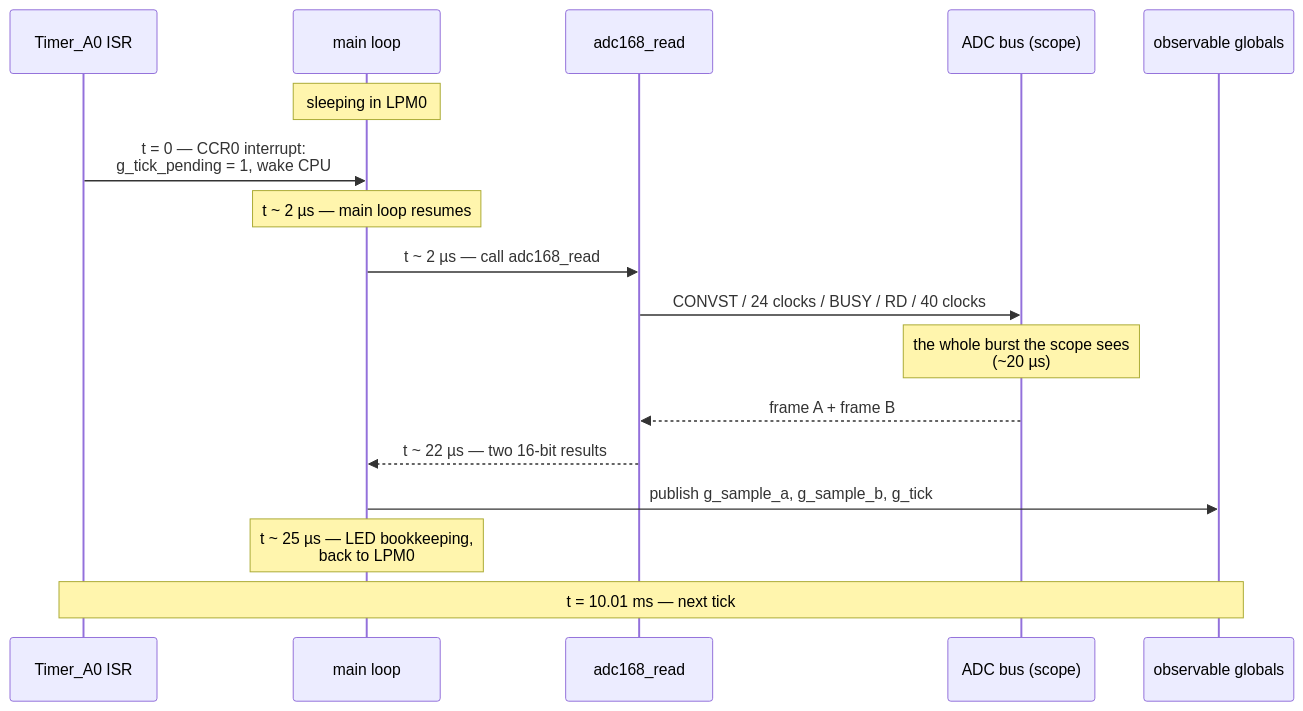
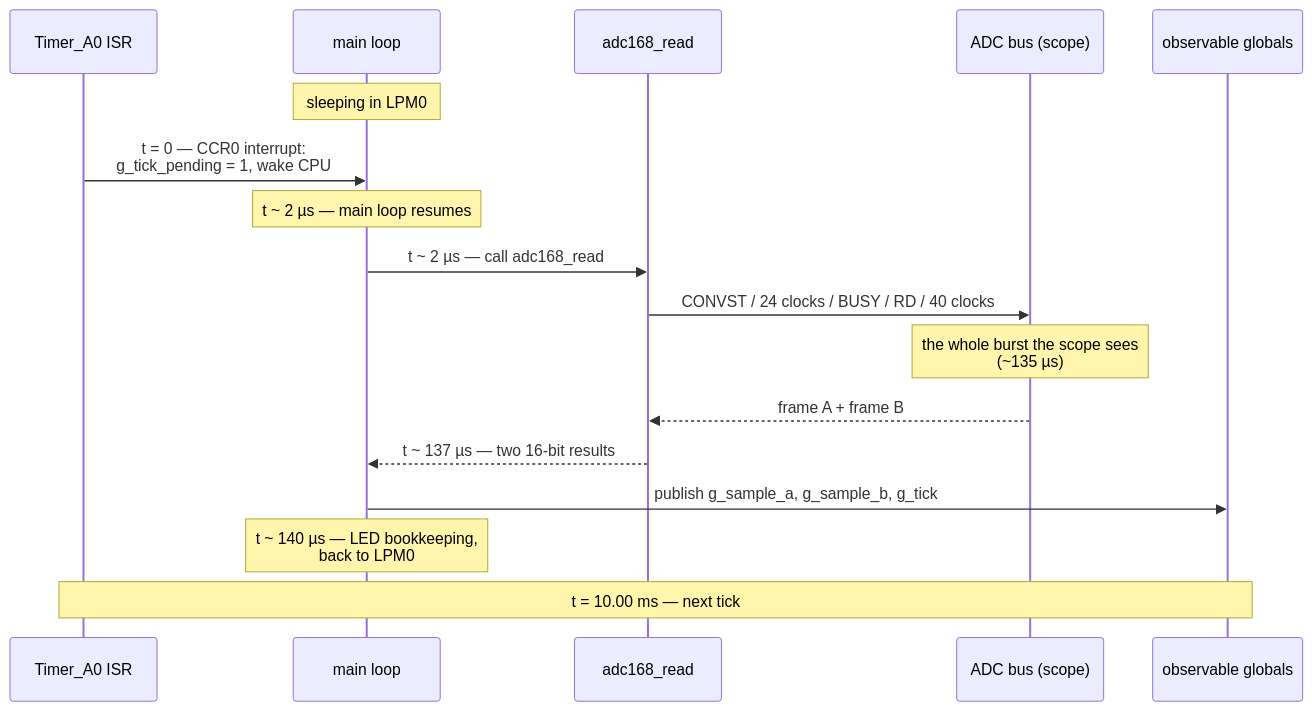
One commit to S-OConnor/MSP430_TestRepo changed diagram 11 of 13 in docs/DESIGN.md. Above: the diagram before and after it, drawn with Mermaid. The commit also changed other lines of this file and 13 other files, not shown here.

````diff
--- a/docs/DESIGN.md
+++ b/docs/DESIGN.md
@@ -1101,20 +1110,20 @@
 ```mermaid
 sequenceDiagram
     participant T as Timer_A0 ISR
     participant L as main loop
     participant D as adc168_read
     participant B as ADC bus (scope)
     participant G as observable globals
 
     Note over L: sleeping in LPM0
     T->>L: t = 0 — CCR0 interrupt:<br/>g_tick_pending = 1, wake CPU
     Note over L: t ~ 2 µs — main loop resumes
     L->>D: t ~ 2 µs — call adc168_read
     D->>B: CONVST / 24 clocks / BUSY / RD / 40 clocks
-    Note over B: the whole burst the scope sees<br/>(~20 µs)
+    Note over B: the whole burst the scope sees<br/>(~135 µs)
     B-->>D: frame A + frame B
-    D-->>L: t ~ 22 µs — two 16-bit results
+    D-->>L: t ~ 137 µs — two 16-bit results
     L->>G: publish g_sample_a, g_sample_b, g_tick
-    Note over L: t ~ 25 µs — LED bookkeeping,<br/>back to LPM0
-    Note over T,G: t = 10.01 ms — next tick
+    Note over L: t ~ 140 µs — LED bookkeeping,<br/>back to LPM0
+    Note over T,G: t = 10.00 ms — next tick
 ```
````
